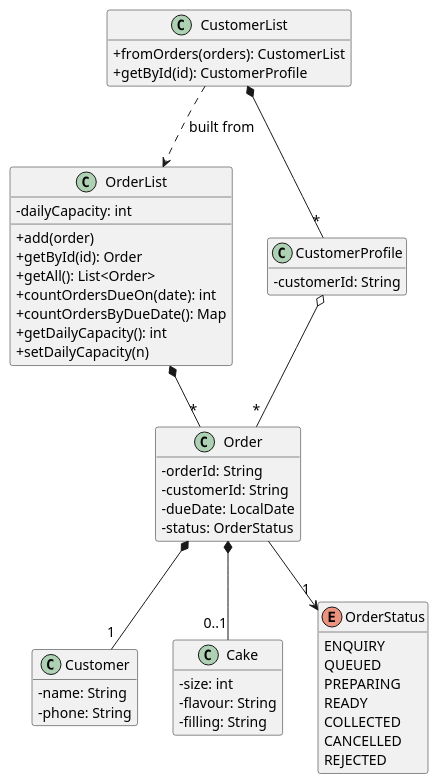
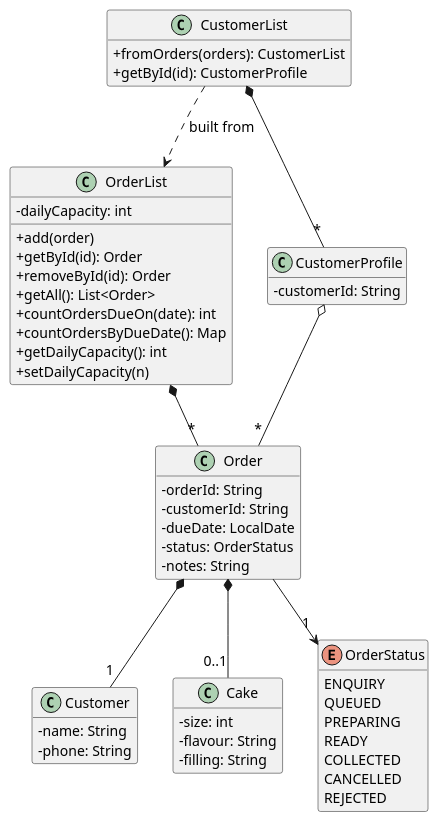
Before and after one commit to AY2627S1-CS2113-W12-1/tp: the diagram in docs/diagrams/ModelClassDiagram.puml, drawn with PlantUML. The commit also changed 27 other files, not shown here.

```diff
--- a/docs/diagrams/ModelClassDiagram.puml
+++ b/docs/diagrams/ModelClassDiagram.puml
@@ -1,62 +1,64 @@
 @startuml
 skinparam classAttributeIconSize 0
 skinparam shadowing false
 skinparam defaultFontSize 14
 hide empty members
 
 class OrderList {
   - dailyCapacity: int
   + add(order)
   + getById(id): Order
+  + removeById(id): Order
   + getAll(): List<Order>
   + countOrdersDueOn(date): int
   + countOrdersByDueDate(): Map
   + getDailyCapacity(): int
   + setDailyCapacity(n)
 }
 
 class Order {
   - orderId: String
   - customerId: String
   - dueDate: LocalDate
   - status: OrderStatus
+  - notes: String
 }
 
 class Customer {
   - name: String
   - phone: String
 }
 
 class Cake {
   - size: int
   - flavour: String
   - filling: String
 }
 
 enum OrderStatus {
   ENQUIRY
   QUEUED
   PREPARING
   READY
   COLLECTED
   CANCELLED
   REJECTED
 }
 
 class CustomerList {
   + fromOrders(orders): CustomerList
   + getById(id): CustomerProfile
 }
 
 class CustomerProfile {
   - customerId: String
 }
 
 OrderList *-- "*" Order
 Order *-- "1" Customer
 Order *-- "0..1" Cake
 Order --> "1" OrderStatus
 CustomerList *-- "*" CustomerProfile
 CustomerProfile o-- "*" Order
 CustomerList ..> OrderList : built from
 @enduml
```
